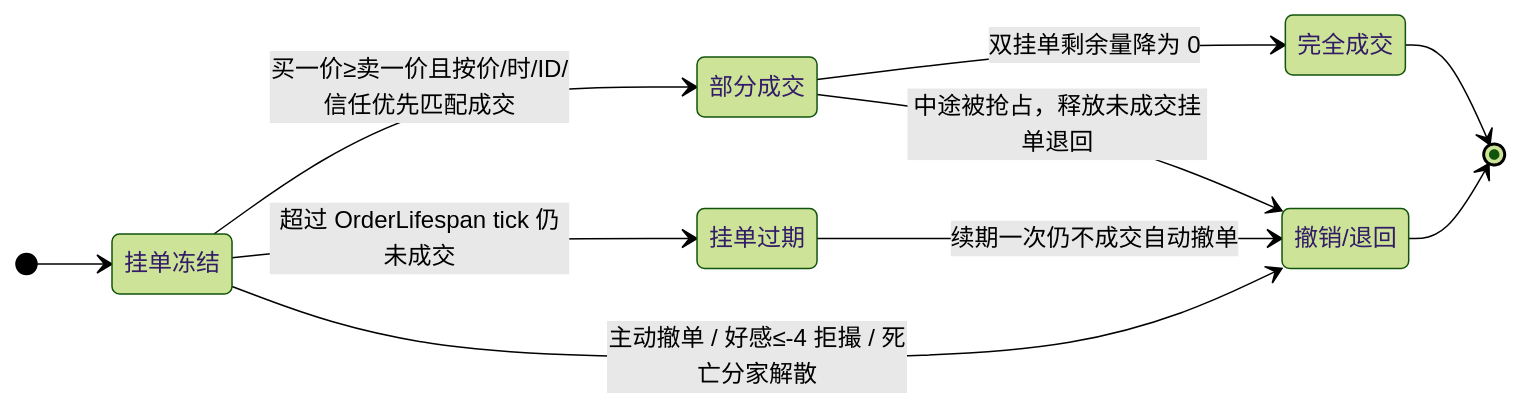
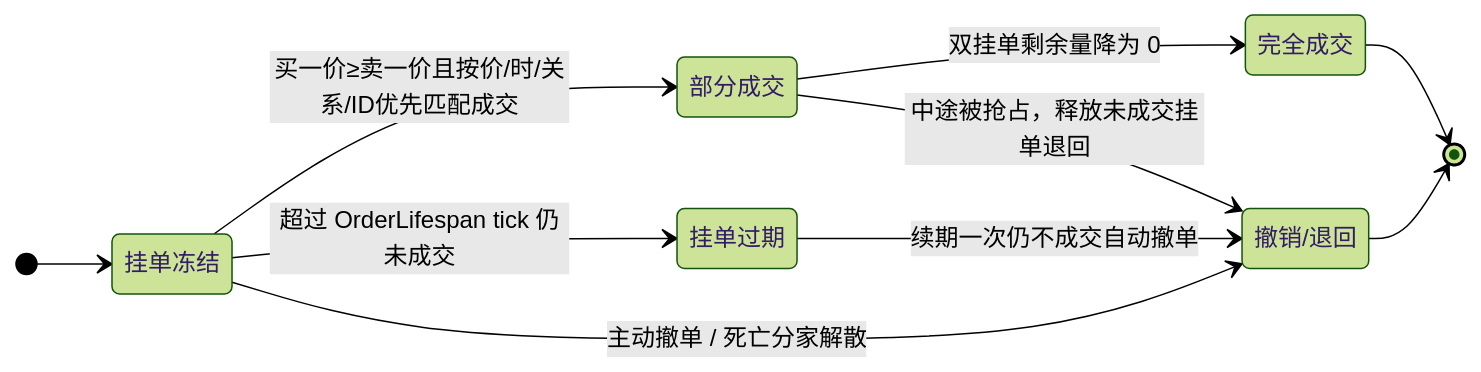
Before and after one commit to g39088902/FlowAndAccord: the diagram in docs/plan/tech/03-internal-market.md, drawn with Mermaid (forest theme). The commit also changed other lines of this file and 3 other files, not shown here.

````diff
--- a/docs/plan/tech/03-internal-market.md
+++ b/docs/plan/tech/03-internal-market.md
@@ -12,18 +12,18 @@
 ```mermaid
 stateDiagram-v2
     direction LR
     [*] --> A
-    A --> B : 买一价≥卖一价且按价/时/ID/信任优先匹配成交
+    A --> B : 买一价≥卖一价且按价/时/关系/ID优先匹配成交
     B --> C : 双挂单剩余量降为 0
     A --> D : 超过 OrderLifespan tick 仍未成交
     D --> E : 续期一次仍不成交自动撤单
-    A --> E : 主动撤单 / 好感≤-4 拒撮 / 死亡分家解散
+    A --> E : 主动撤单 / 死亡分家解散
     B --> E : 中途被抢占，释放未成交挂单退回
     C --> [*]
     E --> [*]
     A : 挂单冻结
     B : 部分成交
     C : 完全成交
     D : 挂单过期
     E : 撤销/退回
 ```
````
